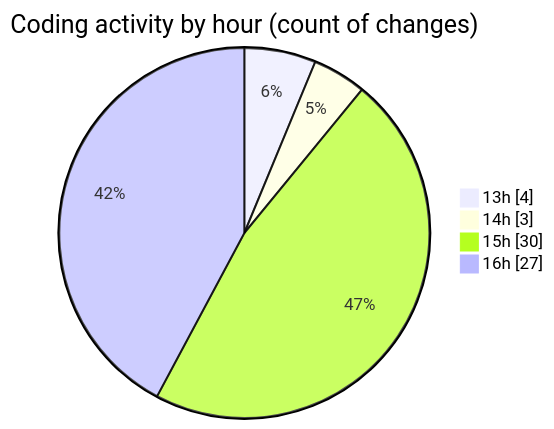
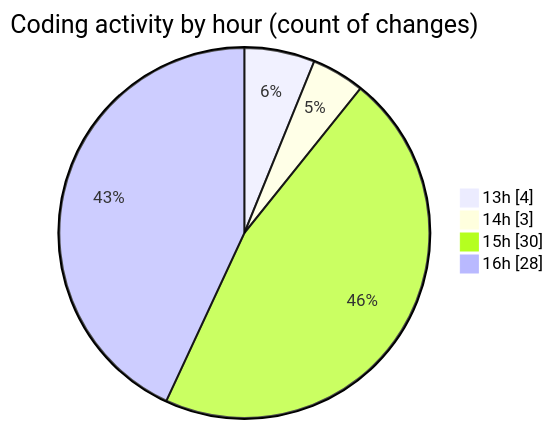
One commit to EIIisD/code-tracking changed the second of 2 diagrams in 2025-08-11/ribbon/README.md. Above: the diagram before and after it, drawn with Mermaid. The commit also changed other lines of this file and 1 other file, not shown here.

````diff
--- a/2025-08-11/ribbon/README.md
+++ b/2025-08-11/ribbon/README.md
@@ -49,8 +49,8 @@
 ```mermaid
 pie showData
 title Coding activity by hour (count of changes)
 "13h" : 4
 "14h" : 3
 "15h" : 30
-"16h" : 27
+"16h" : 28
 ```
````
